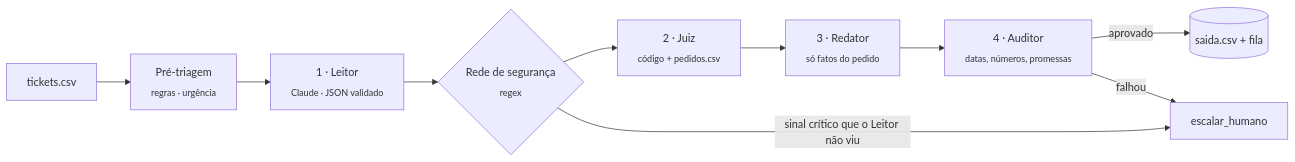
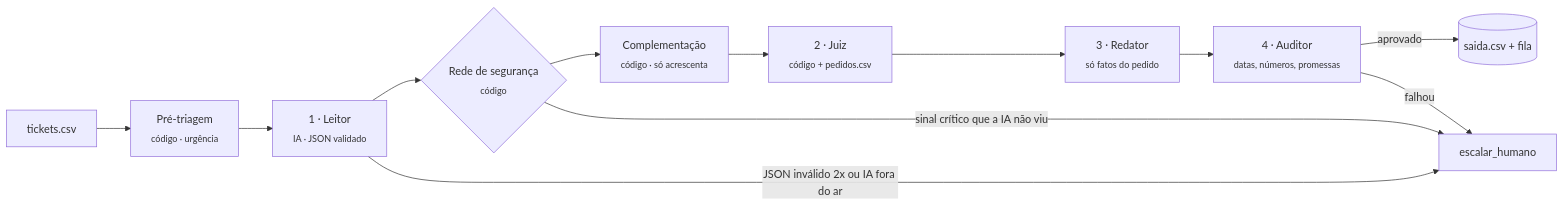
The diagram in README.md (ianeusantiago/lumina-triagem), drawn with Mermaid before and after one commit. The commit also changed other lines of this file, not shown here.

Commit message:
README reorganizado: seção sobre como a IA é usada, modos do Leitor, resultados com IA local e regras

````diff
--- a/README.md
+++ b/README.md
@@ -36,12 +36,14 @@
 ```mermaid
 flowchart LR
-    A[tickets.csv] --> P[Pré-triagem<br/><sub>regras · urgência</sub>]
-    P --> L[1 · Leitor<br/><sub>Claude · JSON validado</sub>]
-    L --> R{Rede de segurança<br/><sub>regex</sub>}
-    R --> J[2 · Juiz<br/><sub>código + pedidos.csv</sub>]
+    A[tickets.csv] --> P[Pré-triagem<br/><sub>código · urgência</sub>]
+    P --> L[1 · Leitor<br/><sub>IA · JSON validado</sub>]
+    L --> R{Rede de segurança<br/><sub>código</sub>}
+    R --> C[Complementação<br/><sub>código · só acrescenta</sub>]
+    C --> J[2 · Juiz<br/><sub>código + pedidos.csv</sub>]
     J --> D[3 · Redator<br/><sub>só fatos do pedido</sub>]
     D --> U[4 · Auditor<br/><sub>datas, números, promessas</sub>]
     U -->|aprovado| S[(saida.csv + fila)]
     U -->|falhou| H[escalar_humano]
-    R -->|sinal crítico que o Leitor não viu| H
+    R -->|sinal crítico que a IA não viu| H
+    L -->|JSON inválido 2x ou IA fora do ar| H
 ```
````
